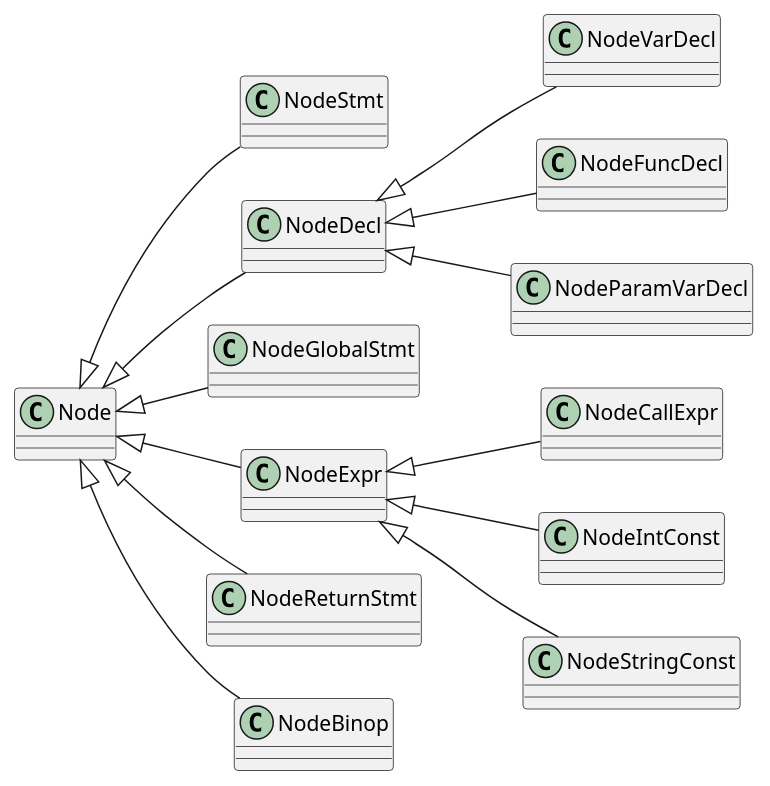
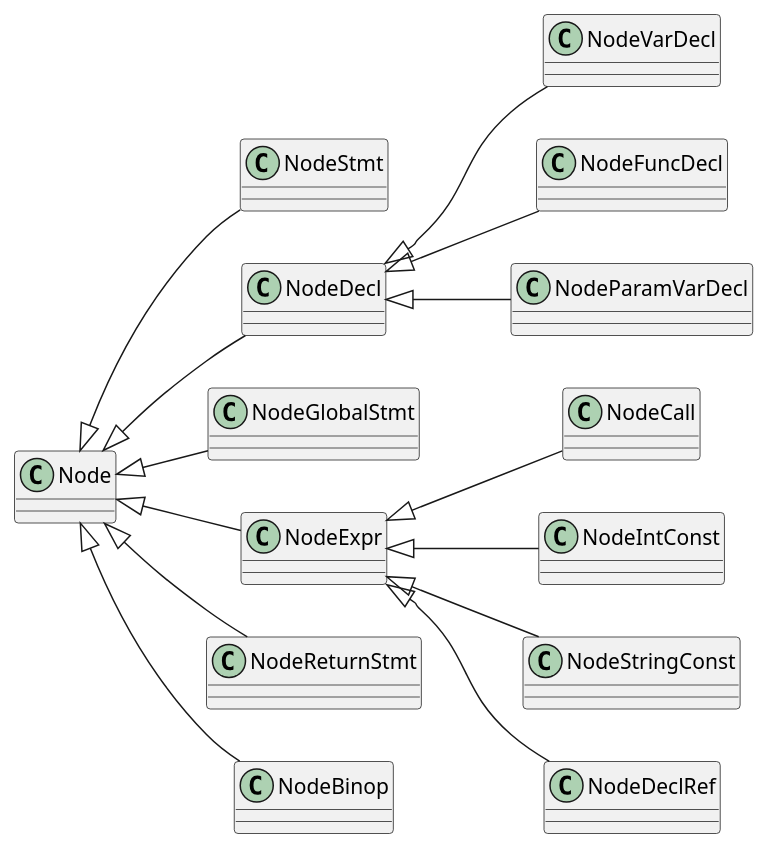
One commit to travisdoor/bl changed the diagram in doc/classes.puml. Above: the diagram before and after it, drawn with PlantUML. The commit also changed 12 other files, not shown here.

```diff
--- a/doc/classes.puml
+++ b/doc/classes.puml
@@ -1,18 +1,19 @@
 @startuml
 left to right direction
 Node <|-- NodeStmt
 Node <|-- NodeDecl
 Node <|-- NodeGlobalStmt
 Node <|-- NodeExpr
 Node <|-- NodeReturnStmt
 Node <|-- NodeBinop
 
 NodeDecl <|-- NodeVarDecl
 NodeDecl <|-- NodeFuncDecl
 NodeDecl <|-- NodeParamVarDecl
 
-NodeExpr <|-- NodeCallExpr
+NodeExpr <|-- NodeCall
 NodeExpr <|-- NodeIntConst
 NodeExpr <|-- NodeStringConst
+NodeExpr <|-- NodeDeclRef
 
 @enduml
```
